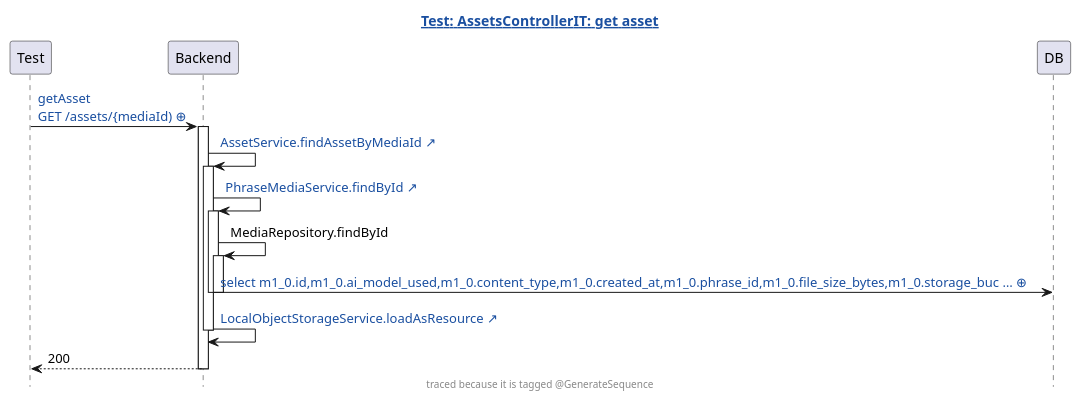
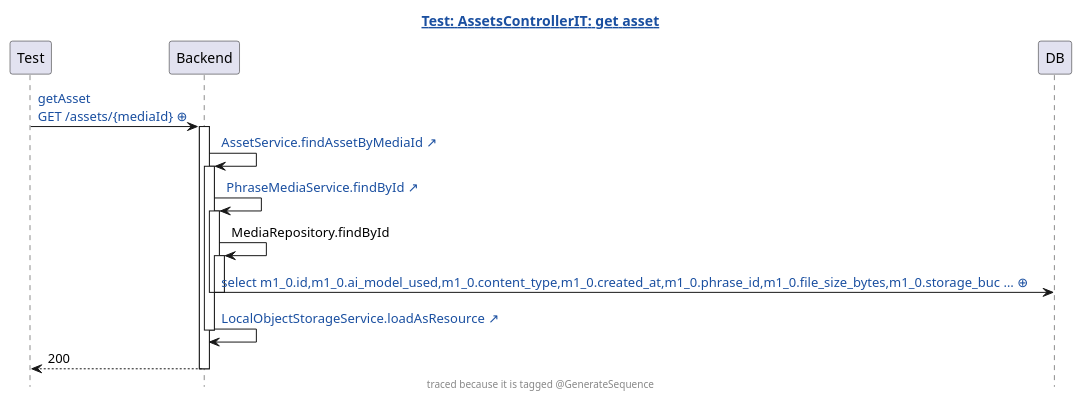
The diagram in docs/generated/sequence/AssetsControllerIT.java.get-asset.genseq.puml (blbulyandavbulyan/armenian-learning-assistant-be), drawn with PlantUML before and after one commit. The commit also changed 4 other files, not shown here.

Commit message:
fix(genseq): keep braces in route labels; fail loudly on missing test line

```diff
--- a/docs/generated/sequence/AssetsControllerIT.java.get-asset.genseq.puml
+++ b/docs/generated/sequence/AssetsControllerIT.java.get-asset.genseq.puml
@@ -1,28 +1,28 @@
 @startuml
 ' ⚠️  GENERATED FILE — DO NOT EDIT. Every edit is lost on the next run.
 hide footbox
 skinparam hyperlinkUnderline false
 skinparam hyperlinkColor #1A4FA0
 skinparam sequenceGroupFontColor #888888
 skinparam sequenceGroupFontStyle plain
 title [[src://src/test/java/com/blbulyandavbulyan/larm/api/assets/AssetsControllerIT.java:32{Click to open the test} Test: AssetsControllerIT: get asset]]
 footer traced because it is tagged @GenerateSequence
 participant Test
 participant Backend
 participant DB
-Test -> Backend: [[genseq://44po6ol{Click for the request as it was sent} getAsset\nGET /assets/{mediaId) ⊕]]
+Test -> Backend: [[genseq://44po6ol{Click for the request as it was sent} getAsset\nGET /assets/{mediaId} ⊕]]
 activate Backend
 Backend -> Backend: [[src://src/main/java/com/blbulyandavbulyan/larm/asset/AssetService.java:18{Click to open AssetService.findAssetByMediaId} AssetService.findAssetByMediaId ↗]]
 activate Backend
 Backend -> Backend: [[src://src/main/java/com/blbulyandavbulyan/larm/phrase/PhraseMediaService.java:16{Click to open PhraseMediaService.findById} PhraseMediaService.findById ↗]]
 activate Backend
 Backend -> Backend: MediaRepository.findById
 activate Backend
 Backend -> DB: [[genseq://2x3efmh{Click for the statement behind this call} select m1_0.id,m1_0.ai_model_used,m1_0.content_type,m1_0.created_at,m1_0.phrase_id,m1_0.file_size_bytes,m1_0.storage_buc … ⊕]]
 deactivate Backend
 deactivate Backend
 Backend -> Backend: [[src://src/main/java/com/blbulyandavbulyan/larm/storage/local/LocalObjectStorageService.java:46{Click to open LocalObjectStorageService.loadAsResource} LocalObjectStorageService.loadAsResource ↗]]
 deactivate Backend
 Backend --> Test: 200
 deactivate Backend
 @enduml
```
